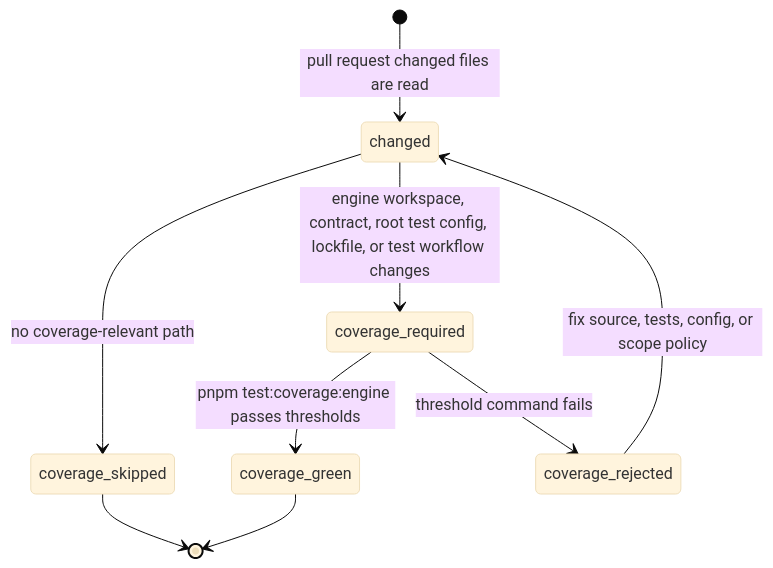
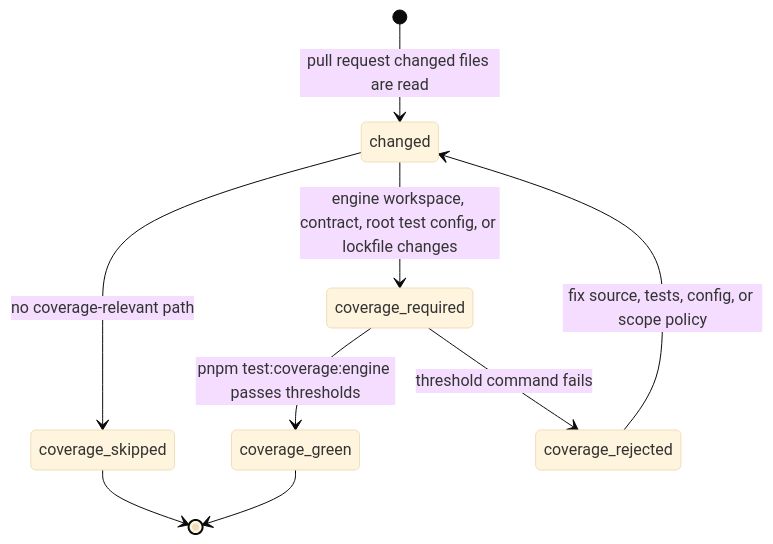
The first of 2 diagrams in docs/architecture/components/ci-governance/engine-coverage-scope-gate-component.md (dunay2/dvt), drawn with Mermaid (base theme) before and after one commit. The commit also changed other lines of this file and 4 other files, not shown here.

````diff
--- a/docs/architecture/components/ci-governance/engine-coverage-scope-gate-component.md
+++ b/docs/architecture/components/ci-governance/engine-coverage-scope-gate-component.md
@@ -93,11 +96,11 @@
 ```mermaid
 stateDiagram-v2
     [*] --> changed: pull request changed files are read
-    changed --> coverage_required: engine workspace, contract, root test config, lockfile, or test workflow changes
+    changed --> coverage_required: engine workspace, contract, root test config, or lockfile changes
     changed --> coverage_skipped: no coverage-relevant path
     coverage_required --> coverage_green: pnpm test:coverage:engine passes thresholds
     coverage_required --> coverage_rejected: threshold command fails
     coverage_skipped --> [*]
     coverage_green --> [*]
     coverage_rejected --> changed: fix source, tests, config, or scope policy
 ```
````
